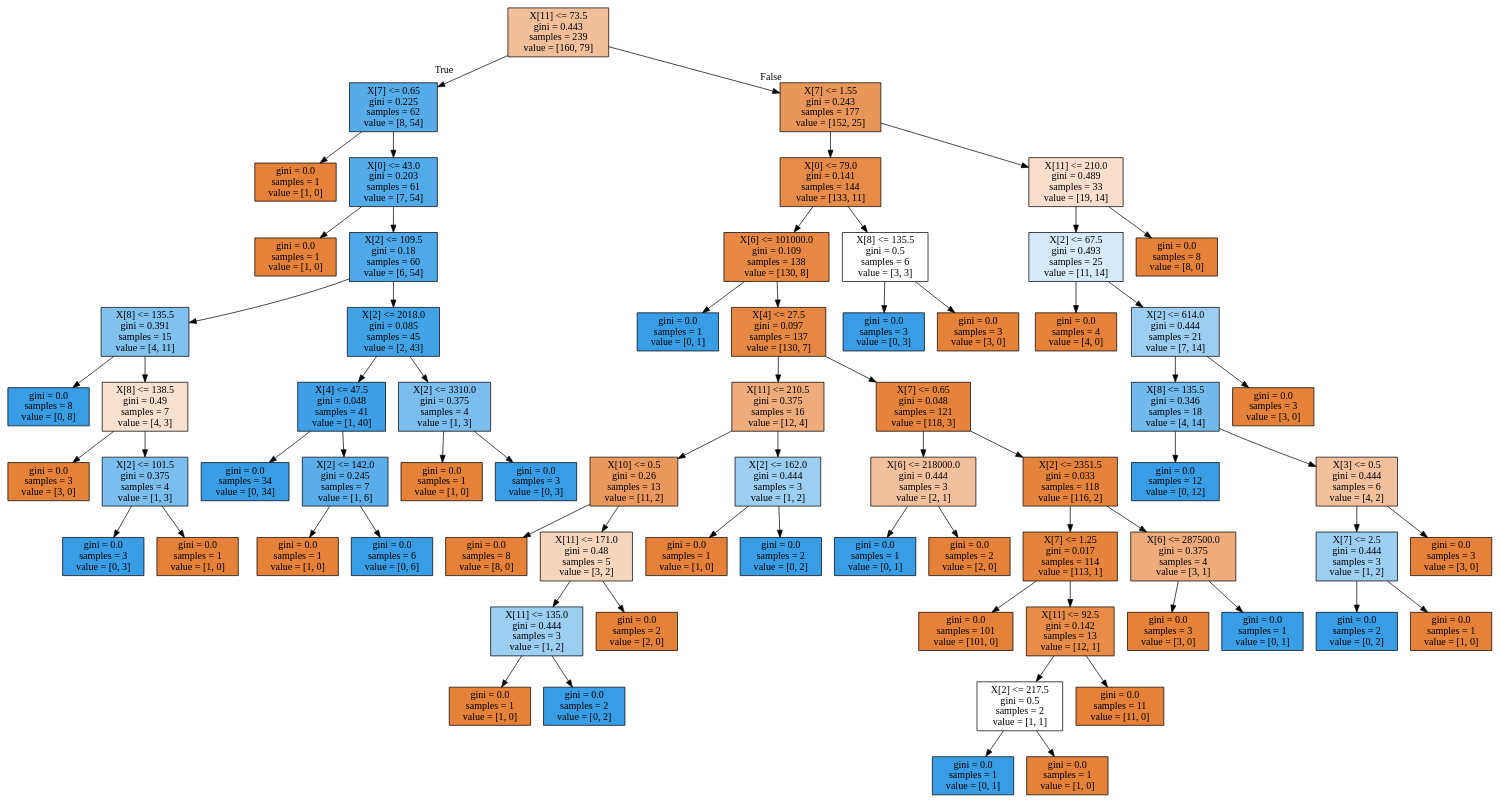
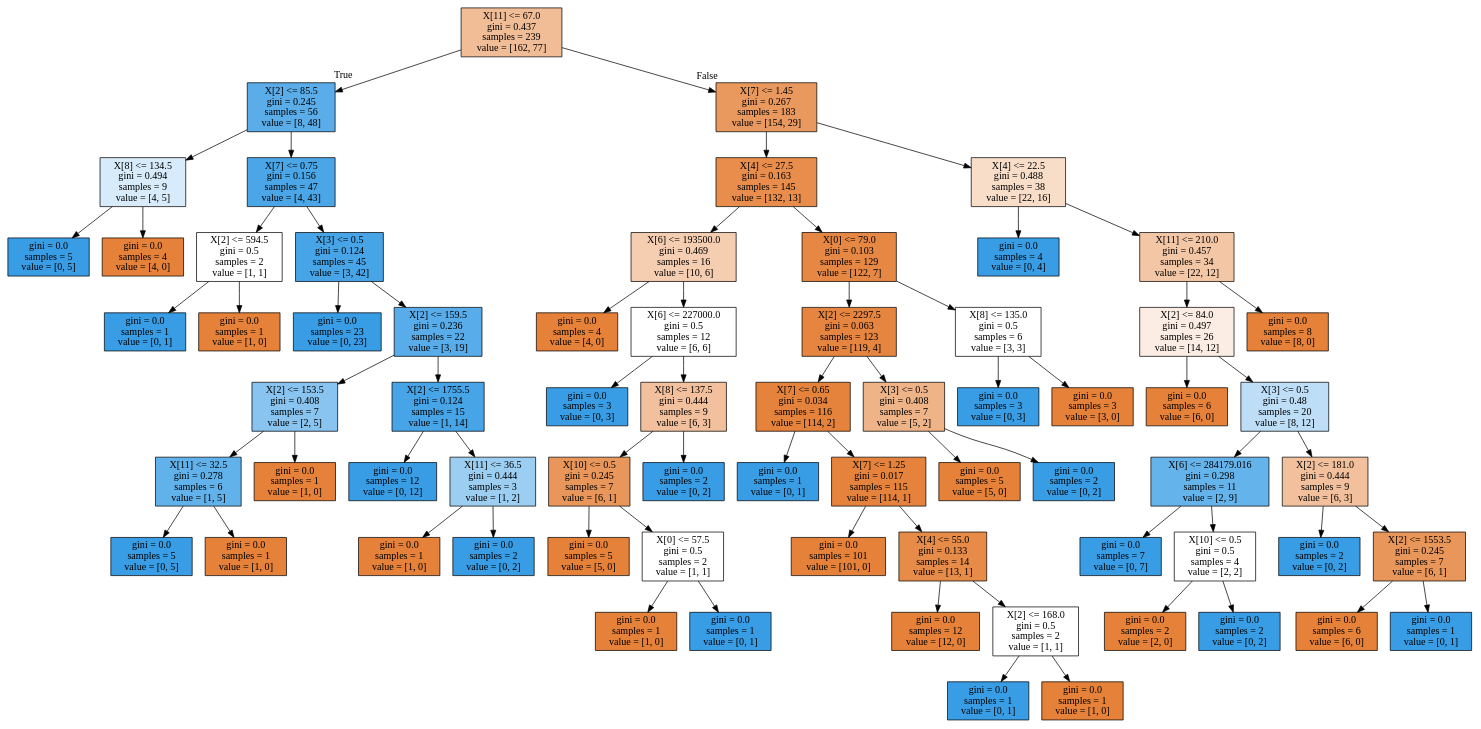
One commit to FarahTed/ProjetIA changed the diagram in heart.dot. Above: the diagram before and after it, drawn with Graphviz. The commit also changed 1 other file, not shown here.

Commit message:
graphique avec des erreurs je pense

```diff
--- a/heart.dot
+++ b/heart.dot
@@ -1,140 +1,140 @@
 digraph Tree {
 node [shape=box, style="filled", color="black"] ;
-0 [label="X[11] <= 73.5\ngini = 0.443\nsamples = 239\nvalue = [160, 79]", fillcolor="#f2bf9b"] ;
-1 [label="X[7] <= 0.65\ngini = 0.225\nsamples = 62\nvalue = [8, 54]", fillcolor="#56ace9"] ;
+0 [label="X[11] <= 67.0\ngini = 0.437\nsamples = 239\nvalue = [162, 77]", fillcolor="#f1bd97"] ;
+1 [label="X[2] <= 85.5\ngini = 0.245\nsamples = 56\nvalue = [8, 48]", fillcolor="#5aade9"] ;
 0 -> 1 [labeldistance=2.5, labelangle=45, headlabel="True"] ;
-2 [label="gini = 0.0\nsamples = 1\nvalue = [1, 0]", fillcolor="#e58139"] ;
+2 [label="X[8] <= 134.5\ngini = 0.494\nsamples = 9\nvalue = [4, 5]", fillcolor="#d7ebfa"] ;
 1 -> 2 ;
-3 [label="X[0] <= 43.0\ngini = 0.203\nsamples = 61\nvalue = [7, 54]", fillcolor="#53aae8"] ;
-1 -> 3 ;
-4 [label="gini = 0.0\nsamples = 1\nvalue = [1, 0]", fillcolor="#e58139"] ;
-3 -> 4 ;
-5 [label="X[2] <= 109.5\ngini = 0.18\nsamples = 60\nvalue = [6, 54]", fillcolor="#4fa8e8"] ;
-3 -> 5 ;
-6 [label="X[8] <= 135.5\ngini = 0.391\nsamples = 15\nvalue = [4, 11]", fillcolor="#81c1ee"] ;
+3 [label="gini = 0.0\nsamples = 5\nvalue = [0, 5]", fillcolor="#399de5"] ;
+2 -> 3 ;
+4 [label="gini = 0.0\nsamples = 4\nvalue = [4, 0]", fillcolor="#e58139"] ;
+2 -> 4 ;
+5 [label="X[7] <= 0.75\ngini = 0.156\nsamples = 47\nvalue = [4, 43]", fillcolor="#4ba6e7"] ;
+1 -> 5 ;
+6 [label="X[2] <= 594.5\ngini = 0.5\nsamples = 2\nvalue = [1, 1]", fillcolor="#ffffff"] ;
 5 -> 6 ;
-7 [label="gini = 0.0\nsamples = 8\nvalue = [0, 8]", fillcolor="#399de5"] ;
+7 [label="gini = 0.0\nsamples = 1\nvalue = [0, 1]", fillcolor="#399de5"] ;
 6 -> 7 ;
-8 [label="X[8] <= 138.5\ngini = 0.49\nsamples = 7\nvalue = [4, 3]", fillcolor="#f8e0ce"] ;
+8 [label="gini = 0.0\nsamples = 1\nvalue = [1, 0]", fillcolor="#e58139"] ;
 6 -> 8 ;
-9 [label="gini = 0.0\nsamples = 3\nvalue = [3, 0]", fillcolor="#e58139"] ;
-8 -> 9 ;
-10 [label="X[2] <= 101.5\ngini = 0.375\nsamples = 4\nvalue = [1, 3]", fillcolor="#7bbeee"] ;
-8 -> 10 ;
-11 [label="gini = 0.0\nsamples = 3\nvalue = [0, 3]", fillcolor="#399de5"] ;
-10 -> 11 ;
-12 [label="gini = 0.0\nsamples = 1\nvalue = [1, 0]", fillcolor="#e58139"] ;
-10 -> 12 ;
-13 [label="X[2] <= 2018.0\ngini = 0.085\nsamples = 45\nvalue = [2, 43]", fillcolor="#42a2e6"] ;
-5 -> 13 ;
-14 [label="X[4] <= 47.5\ngini = 0.048\nsamples = 41\nvalue = [1, 40]", fillcolor="#3e9fe6"] ;
+9 [label="X[3] <= 0.5\ngini = 0.124\nsamples = 45\nvalue = [3, 42]", fillcolor="#47a4e7"] ;
+5 -> 9 ;
+10 [label="gini = 0.0\nsamples = 23\nvalue = [0, 23]", fillcolor="#399de5"] ;
+9 -> 10 ;
+11 [label="X[2] <= 159.5\ngini = 0.236\nsamples = 22\nvalue = [3, 19]", fillcolor="#58ace9"] ;
+9 -> 11 ;
+12 [label="X[2] <= 153.5\ngini = 0.408\nsamples = 7\nvalue = [2, 5]", fillcolor="#88c4ef"] ;
+11 -> 12 ;
+13 [label="X[11] <= 32.5\ngini = 0.278\nsamples = 6\nvalue = [1, 5]", fillcolor="#61b1ea"] ;
+12 -> 13 ;
+14 [label="gini = 0.0\nsamples = 5\nvalue = [0, 5]", fillcolor="#399de5"] ;
 13 -> 14 ;
-15 [label="gini = 0.0\nsamples = 34\nvalue = [0, 34]", fillcolor="#399de5"] ;
-14 -> 15 ;
-16 [label="X[2] <= 142.0\ngini = 0.245\nsamples = 7\nvalue = [1, 6]", fillcolor="#5aade9"] ;
-14 -> 16 ;
-17 [label="gini = 0.0\nsamples = 1\nvalue = [1, 0]", fillcolor="#e58139"] ;
-16 -> 17 ;
-18 [label="gini = 0.0\nsamples = 6\nvalue = [0, 6]", fillcolor="#399de5"] ;
-16 -> 18 ;
-19 [label="X[2] <= 3310.0\ngini = 0.375\nsamples = 4\nvalue = [1, 3]", fillcolor="#7bbeee"] ;
-13 -> 19 ;
+15 [label="gini = 0.0\nsamples = 1\nvalue = [1, 0]", fillcolor="#e58139"] ;
+13 -> 15 ;
+16 [label="gini = 0.0\nsamples = 1\nvalue = [1, 0]", fillcolor="#e58139"] ;
+12 -> 16 ;
+17 [label="X[2] <= 1755.5\ngini = 0.124\nsamples = 15\nvalue = [1, 14]", fillcolor="#47a4e7"] ;
+11 -> 17 ;
+18 [label="gini = 0.0\nsamples = 12\nvalue = [0, 12]", fillcolor="#399de5"] ;
+17 -> 18 ;
+19 [label="X[11] <= 36.5\ngini = 0.444\nsamples = 3\nvalue = [1, 2]", fillcolor="#9ccef2"] ;
+17 -> 19 ;
 20 [label="gini = 0.0\nsamples = 1\nvalue = [1, 0]", fillcolor="#e58139"] ;
 19 -> 20 ;
-21 [label="gini = 0.0\nsamples = 3\nvalue = [0, 3]", fillcolor="#399de5"] ;
+21 [label="gini = 0.0\nsamples = 2\nvalue = [0, 2]", fillcolor="#399de5"] ;
 19 -> 21 ;
-22 [label="X[7] <= 1.55\ngini = 0.243\nsamples = 177\nvalue = [152, 25]", fillcolor="#e9965a"] ;
+22 [label="X[7] <= 1.45\ngini = 0.267\nsamples = 183\nvalue = [154, 29]", fillcolor="#ea995e"] ;
 0 -> 22 [labeldistance=2.5, labelangle=-45, headlabel="False"] ;
-23 [label="X[0] <= 79.0\ngini = 0.141\nsamples = 144\nvalue = [133, 11]", fillcolor="#e78b49"] ;
+23 [label="X[4] <= 27.5\ngini = 0.163\nsamples = 145\nvalue = [132, 13]", fillcolor="#e88d4c"] ;
 22 -> 23 ;
-24 [label="X[6] <= 101000.0\ngini = 0.109\nsamples = 138\nvalue = [130, 8]", fillcolor="#e78945"] ;
+24 [label="X[6] <= 193500.0\ngini = 0.469\nsamples = 16\nvalue = [10, 6]", fillcolor="#f5cdb0"] ;
 23 -> 24 ;
-25 [label="gini = 0.0\nsamples = 1\nvalue = [0, 1]", fillcolor="#399de5"] ;
+25 [label="gini = 0.0\nsamples = 4\nvalue = [4, 0]", fillcolor="#e58139"] ;
 24 -> 25 ;
-26 [label="X[4] <= 27.5\ngini = 0.097\nsamples = 137\nvalue = [130, 7]", fillcolor="#e68844"] ;
+26 [label="X[6] <= 227000.0\ngini = 0.5\nsamples = 12\nvalue = [6, 6]", fillcolor="#ffffff"] ;
 24 -> 26 ;
-27 [label="X[11] <= 210.5\ngini = 0.375\nsamples = 16\nvalue = [12, 4]", fillcolor="#eeab7b"] ;
+27 [label="gini = 0.0\nsamples = 3\nvalue = [0, 3]", fillcolor="#399de5"] ;
 26 -> 27 ;
-28 [label="X[10] <= 0.5\ngini = 0.26\nsamples = 13\nvalue = [11, 2]", fillcolor="#ea985d"] ;
-27 -> 28 ;
-29 [label="gini = 0.0\nsamples = 8\nvalue = [8, 0]", fillcolor="#e58139"] ;
+28 [label="X[8] <= 137.5\ngini = 0.444\nsamples = 9\nvalue = [6, 3]", fillcolor="#f2c09c"] ;
+26 -> 28 ;
+29 [label="X[10] <= 0.5\ngini = 0.245\nsamples = 7\nvalue = [6, 1]", fillcolor="#e9965a"] ;
 28 -> 29 ;
-30 [label="X[11] <= 171.0\ngini = 0.48\nsamples = 5\nvalue = [3, 2]", fillcolor="#f6d5bd"] ;
-28 -> 30 ;
-31 [label="X[11] <= 135.0\ngini = 0.444\nsamples = 3\nvalue = [1, 2]", fillcolor="#9ccef2"] ;
-30 -> 31 ;
+30 [label="gini = 0.0\nsamples = 5\nvalue = [5, 0]", fillcolor="#e58139"] ;
+29 -> 30 ;
+31 [label="X[0] <= 57.5\ngini = 0.5\nsamples = 2\nvalue = [1, 1]", fillcolor="#ffffff"] ;
+29 -> 31 ;
 32 [label="gini = 0.0\nsamples = 1\nvalue = [1, 0]", fillcolor="#e58139"] ;
 31 -> 32 ;
-33 [label="gini = 0.0\nsamples = 2\nvalue = [0, 2]", fillcolor="#399de5"] ;
+33 [label="gini = 0.0\nsamples = 1\nvalue = [0, 1]", fillcolor="#399de5"] ;
 31 -> 33 ;
-34 [label="gini = 0.0\nsamples = 2\nvalue = [2, 0]", fillcolor="#e58139"] ;
-30 -> 34 ;
-35 [label="X[2] <= 162.0\ngini = 0.444\nsamples = 3\nvalue = [1, 2]", fillcolor="#9ccef2"] ;
-27 -> 35 ;
-36 [label="gini = 0.0\nsamples = 1\nvalue = [1, 0]", fillcolor="#e58139"] ;
+34 [label="gini = 0.0\nsamples = 2\nvalue = [0, 2]", fillcolor="#399de5"] ;
+28 -> 34 ;
+35 [label="X[0] <= 79.0\ngini = 0.103\nsamples = 129\nvalue = [122, 7]", fillcolor="#e68844"] ;
+23 -> 35 ;
+36 [label="X[2] <= 2297.5\ngini = 0.063\nsamples = 123\nvalue = [119, 4]", fillcolor="#e68540"] ;
 35 -> 36 ;
-37 [label="gini = 0.0\nsamples = 2\nvalue = [0, 2]", fillcolor="#399de5"] ;
-35 -> 37 ;
-38 [label="X[7] <= 0.65\ngini = 0.048\nsamples = 121\nvalue = [118, 3]", fillcolor="#e6843e"] ;
-26 -> 38 ;
-39 [label="X[6] <= 218000.0\ngini = 0.444\nsamples = 3\nvalue = [2, 1]", fillcolor="#f2c09c"] ;
-38 -> 39 ;
-40 [label="gini = 0.0\nsamples = 1\nvalue = [0, 1]", fillcolor="#399de5"] ;
+37 [label="X[7] <= 0.65\ngini = 0.034\nsamples = 116\nvalue = [114, 2]", fillcolor="#e5833c"] ;
+36 -> 37 ;
+38 [label="gini = 0.0\nsamples = 1\nvalue = [0, 1]", fillcolor="#399de5"] ;
+37 -> 38 ;
+39 [label="X[7] <= 1.25\ngini = 0.017\nsamples = 115\nvalue = [114, 1]", fillcolor="#e5823b"] ;
+37 -> 39 ;
+40 [label="gini = 0.0\nsamples = 101\nvalue = [101, 0]", fillcolor="#e58139"] ;
 39 -> 40 ;
-41 [label="gini = 0.0\nsamples = 2\nvalue = [2, 0]", fillcolor="#e58139"] ;
+41 [label="X[4] <= 55.0\ngini = 0.133\nsamples = 14\nvalue = [13, 1]", fillcolor="#e78b48"] ;
 39 -> 41 ;
-42 [label="X[2] <= 2351.5\ngini = 0.033\nsamples = 118\nvalue = [116, 2]", fillcolor="#e5833c"] ;
-38 -> 42 ;
-43 [label="X[7] <= 1.25\ngini = 0.017\nsamples = 114\nvalue = [113, 1]", fillcolor="#e5823b"] ;
-42 -> 43 ;
-44 [label="gini = 0.0\nsamples = 101\nvalue = [101, 0]", fillcolor="#e58139"] ;
+42 [label="gini = 0.0\nsamples = 12\nvalue = [12, 0]", fillcolor="#e58139"] ;
+41 -> 42 ;
+43 [label="X[2] <= 168.0\ngini = 0.5\nsamples = 2\nvalue = [1, 1]", fillcolor="#ffffff"] ;
+41 -> 43 ;
+44 [label="gini = 0.0\nsamples = 1\nvalue = [0, 1]", fillcolor="#399de5"] ;
 43 -> 44 ;
-45 [label="X[11] <= 92.5\ngini = 0.142\nsamples = 13\nvalue = [12, 1]", fillcolor="#e78c49"] ;
+45 [label="gini = 0.0\nsamples = 1\nvalue = [1, 0]", fillcolor="#e58139"] ;
 43 -> 45 ;
-46 [label="X[2] <= 217.5\ngini = 0.5\nsamples = 2\nvalue = [1, 1]", fillcolor="#ffffff"] ;
-45 -> 46 ;
-47 [label="gini = 0.0\nsamples = 1\nvalue = [0, 1]", fillcolor="#399de5"] ;
+46 [label="X[3] <= 0.5\ngini = 0.408\nsamples = 7\nvalue = [5, 2]", fillcolor="#efb388"] ;
+36 -> 46 ;
+47 [label="gini = 0.0\nsamples = 5\nvalue = [5, 0]", fillcolor="#e58139"] ;
 46 -> 47 ;
-48 [label="gini = 0.0\nsamples = 1\nvalue = [1, 0]", fillcolor="#e58139"] ;
+48 [label="gini = 0.0\nsamples = 2\nvalue = [0, 2]", fillcolor="#399de5"] ;
 46 -> 48 ;
-49 [label="gini = 0.0\nsamples = 11\nvalue = [11, 0]", fillcolor="#e58139"] ;
-45 -> 49 ;
-50 [label="X[6] <= 287500.0\ngini = 0.375\nsamples = 4\nvalue = [3, 1]", fillcolor="#eeab7b"] ;
-42 -> 50 ;
+49 [label="X[8] <= 135.0\ngini = 0.5\nsamples = 6\nvalue = [3, 3]", fillcolor="#ffffff"] ;
+35 -> 49 ;
+50 [label="gini = 0.0\nsamples = 3\nvalue = [0, 3]", fillcolor="#399de5"] ;
+49 -> 50 ;
 51 [label="gini = 0.0\nsamples = 3\nvalue = [3, 0]", fillcolor="#e58139"] ;
-50 -> 51 ;
-52 [label="gini = 0.0\nsamples = 1\nvalue = [0, 1]", fillcolor="#399de5"] ;
-50 -> 52 ;
-53 [label="X[8] <= 135.5\ngini = 0.5\nsamples = 6\nvalue = [3, 3]", fillcolor="#ffffff"] ;
-23 -> 53 ;
-54 [label="gini = 0.0\nsamples = 3\nvalue = [0, 3]", fillcolor="#399de5"] ;
-53 -> 54 ;
-55 [label="gini = 0.0\nsamples = 3\nvalue = [3, 0]", fillcolor="#e58139"] ;
-53 -> 55 ;
-56 [label="X[11] <= 210.0\ngini = 0.489\nsamples = 33\nvalue = [19, 14]", fillcolor="#f8decb"] ;
-22 -> 56 ;
-57 [label="X[2] <= 67.5\ngini = 0.493\nsamples = 25\nvalue = [11, 14]", fillcolor="#d5eaf9"] ;
-56 -> 57 ;
-58 [label="gini = 0.0\nsamples = 4\nvalue = [4, 0]", fillcolor="#e58139"] ;
+49 -> 51 ;
+52 [label="X[4] <= 22.5\ngini = 0.488\nsamples = 38\nvalue = [22, 16]", fillcolor="#f8ddc9"] ;
+22 -> 52 ;
+53 [label="gini = 0.0\nsamples = 4\nvalue = [0, 4]", fillcolor="#399de5"] ;
+52 -> 53 ;
+54 [label="X[11] <= 210.0\ngini = 0.457\nsamples = 34\nvalue = [22, 12]", fillcolor="#f3c6a5"] ;
+52 -> 54 ;
+55 [label="X[2] <= 84.0\ngini = 0.497\nsamples = 26\nvalue = [14, 12]", fillcolor="#fbede3"] ;
+54 -> 55 ;
+56 [label="gini = 0.0\nsamples = 6\nvalue = [6, 0]", fillcolor="#e58139"] ;
+55 -> 56 ;
+57 [label="X[3] <= 0.5\ngini = 0.48\nsamples = 20\nvalue = [8, 12]", fillcolor="#bddef6"] ;
+55 -> 57 ;
+58 [label="X[6] <= 284179.016\ngini = 0.298\nsamples = 11\nvalue = [2, 9]", fillcolor="#65b3eb"] ;
 57 -> 58 ;
-59 [label="X[2] <= 614.0\ngini = 0.444\nsamples = 21\nvalue = [7, 14]", fillcolor="#9ccef2"] ;
-57 -> 59 ;
-60 [label="X[8] <= 135.5\ngini = 0.346\nsamples = 18\nvalue = [4, 14]", fillcolor="#72b9ec"] ;
-59 -> 60 ;
-61 [label="gini = 0.0\nsamples = 12\nvalue = [0, 12]", fillcolor="#399de5"] ;
+59 [label="gini = 0.0\nsamples = 7\nvalue = [0, 7]", fillcolor="#399de5"] ;
+58 -> 59 ;
+60 [label="X[10] <= 0.5\ngini = 0.5\nsamples = 4\nvalue = [2, 2]", fillcolor="#ffffff"] ;
+58 -> 60 ;
+61 [label="gini = 0.0\nsamples = 2\nvalue = [2, 0]", fillcolor="#e58139"] ;
 60 -> 61 ;
-62 [label="X[3] <= 0.5\ngini = 0.444\nsamples = 6\nvalue = [4, 2]", fillcolor="#f2c09c"] ;
+62 [label="gini = 0.0\nsamples = 2\nvalue = [0, 2]", fillcolor="#399de5"] ;
 60 -> 62 ;
-63 [label="X[7] <= 2.5\ngini = 0.444\nsamples = 3\nvalue = [1, 2]", fillcolor="#9ccef2"] ;
-62 -> 63 ;
+63 [label="X[2] <= 181.0\ngini = 0.444\nsamples = 9\nvalue = [6, 3]", fillcolor="#f2c09c"] ;
+57 -> 63 ;
 64 [label="gini = 0.0\nsamples = 2\nvalue = [0, 2]", fillcolor="#399de5"] ;
 63 -> 64 ;
-65 [label="gini = 0.0\nsamples = 1\nvalue = [1, 0]", fillcolor="#e58139"] ;
+65 [label="X[2] <= 1553.5\ngini = 0.245\nsamples = 7\nvalue = [6, 1]", fillcolor="#e9965a"] ;
 63 -> 65 ;
-66 [label="gini = 0.0\nsamples = 3\nvalue = [3, 0]", fillcolor="#e58139"] ;
-62 -> 66 ;
-67 [label="gini = 0.0\nsamples = 3\nvalue = [3, 0]", fillcolor="#e58139"] ;
-59 -> 67 ;
+66 [label="gini = 0.0\nsamples = 6\nvalue = [6, 0]", fillcolor="#e58139"] ;
+65 -> 66 ;
+67 [label="gini = 0.0\nsamples = 1\nvalue = [0, 1]", fillcolor="#399de5"] ;
+65 -> 67 ;
 68 [label="gini = 0.0\nsamples = 8\nvalue = [8, 0]", fillcolor="#e58139"] ;
-56 -> 68 ;
+54 -> 68 ;
 }
```
